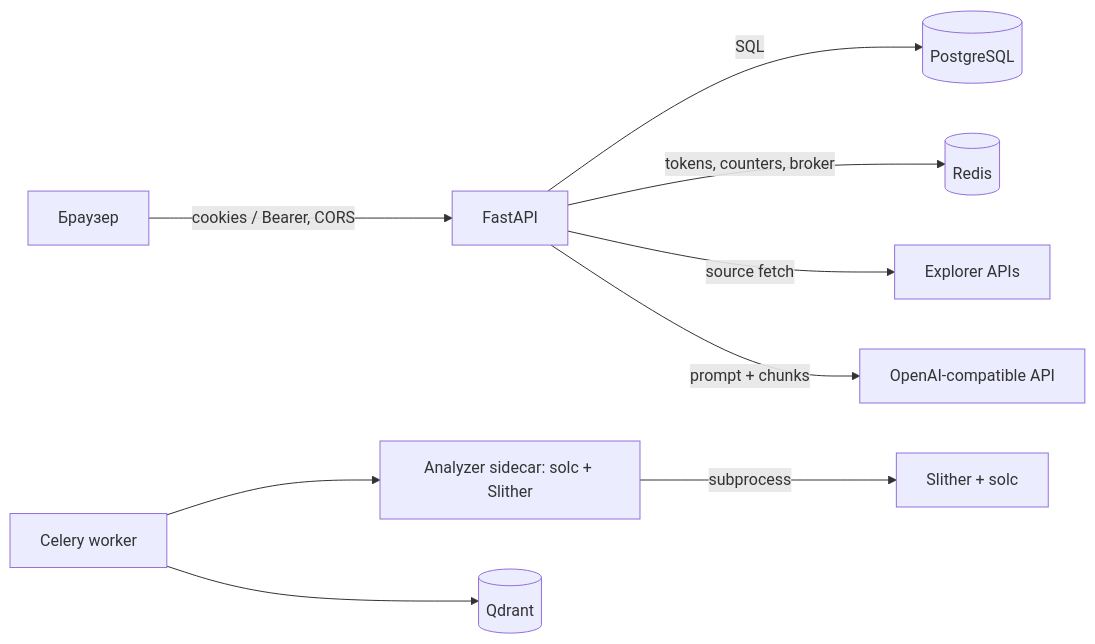
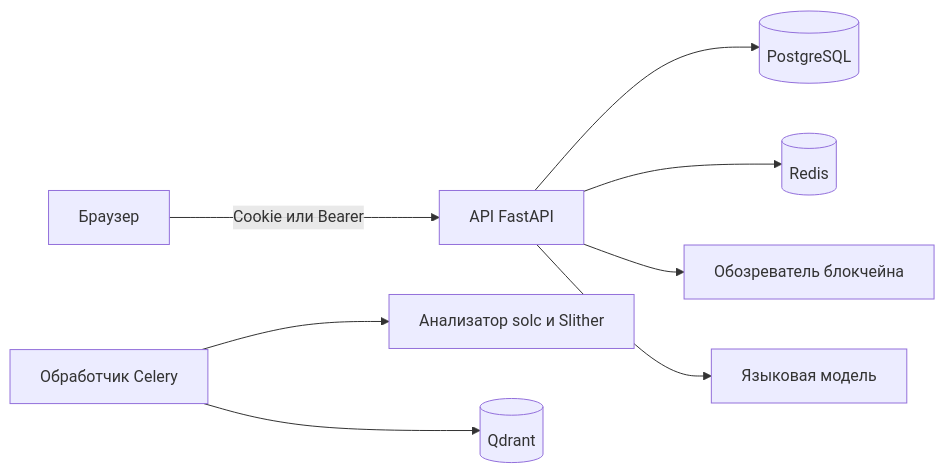
Before and after one commit to vladweat/chainwise: the diagram in docs/security.md, drawn with Mermaid. The commit also changed other lines of this file and 16 other files, not shown here.

````diff
--- a/docs/security.md
+++ b/docs/security.md
@@ -7,11 +7,10 @@
 ```mermaid
 flowchart LR
-    B[Браузер] -->|cookies / Bearer, CORS| API[FastAPI]
-    API -->|SQL| PG[(PostgreSQL)]
-    API -->|tokens, counters, broker| R[(Redis)]
-    API -->|source fetch| E[Explorer APIs]
-    API -->|prompt + chunks| L[OpenAI-compatible API]
-    W[Celery worker] --> S[Analyzer sidecar: solc + Slither]
+    B[Браузер] -->|Cookie или Bearer| A[API FastAPI]
+    A --> P[(PostgreSQL)]
+    A --> R[(Redis)]
+    A --> E[Обозреватель блокчейна]
+    A --> L[Языковая модель]
+    W[Обработчик Celery] --> S[Анализатор solc и Slither]
     W --> Q[(Qdrant)]
-    S -->|subprocess| SL[Slither + solc]
 ```
````
